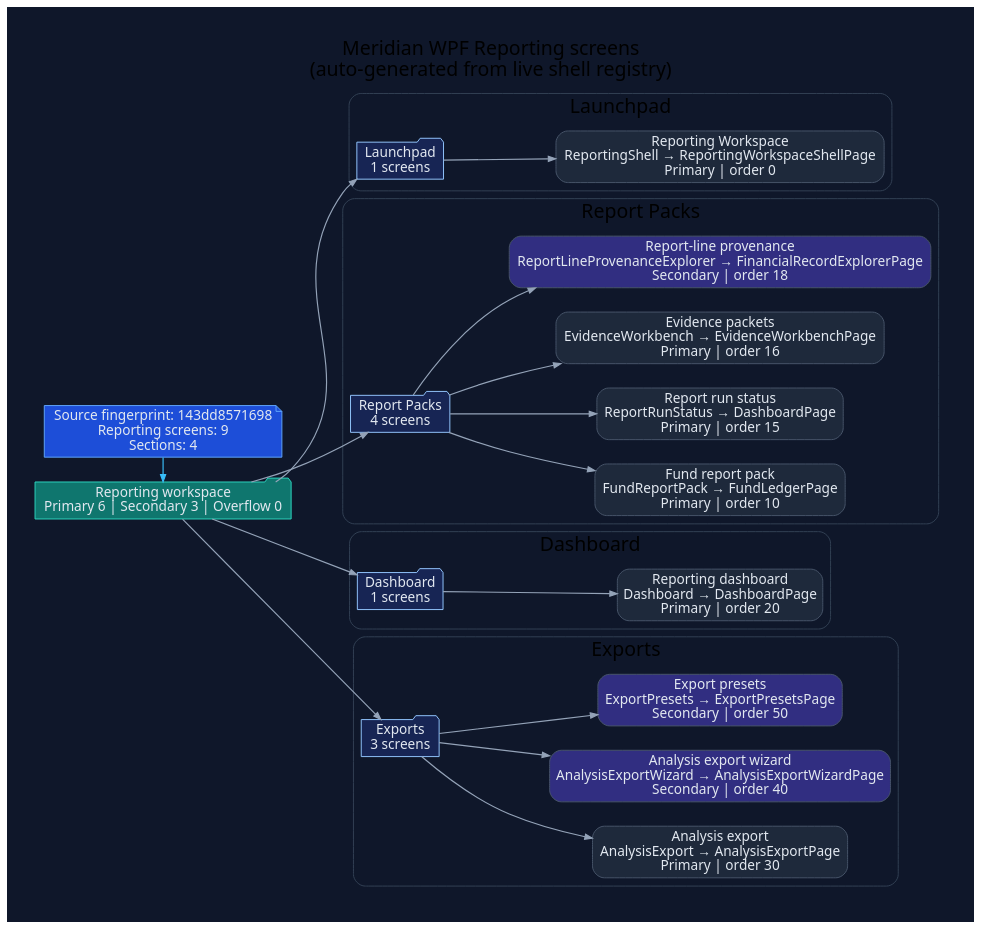
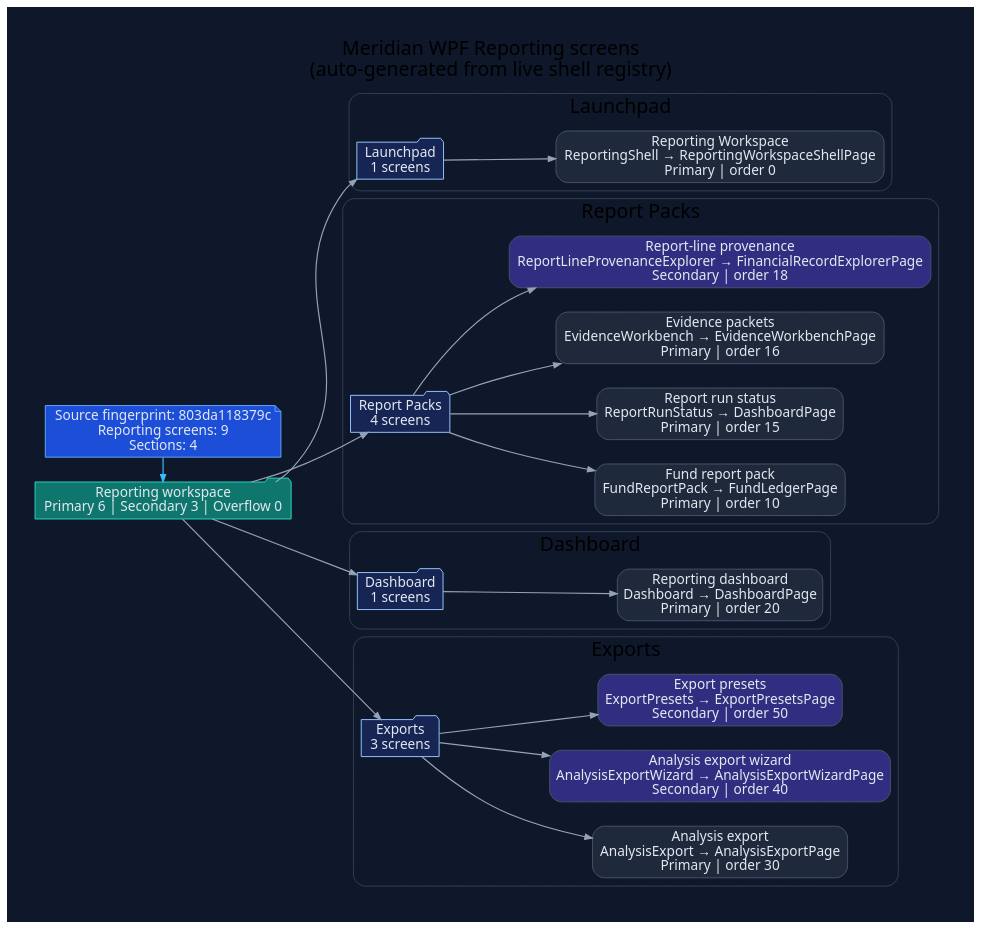
Before and after one commit to rodoHasArrived/Meridian-main: the diagram in docs/diagrams/ui/ui-wpf-screens-reporting.dot, drawn with Graphviz. The commit also changed 59 other files, not shown here.

```diff
--- a/docs/diagrams/ui/ui-wpf-screens-reporting.dot
+++ b/docs/diagrams/ui/ui-wpf-screens-reporting.dot
@@ -1,76 +1,76 @@
 // -----------------------------------------------------------------------------
 // <auto-generated>
 // Generated by scripts/generate-diagrams.mjs.
 // Do not edit this file directly; update the WPF source files instead.
 // -----------------------------------------------------------------------------
 digraph WpfReportingScreens {
   graph [
     rankdir=LR,
     labelloc=t,
     label="Meridian WPF Reporting screens\n(auto-generated from live shell registry)",
     fontname="Segoe UI",
     fontsize=20,
     pad=0.4,
     nodesep=0.35,
     ranksep=0.85,
     bgcolor="#0f172a"
   ];
   node [fontname="Segoe UI", shape=box, style="rounded,filled", color="#475569", fontcolor="#e2e8f0", fillcolor="#1e293b"];
   edge [fontname="Segoe UI", color="#94a3b8", penwidth=1.2, arrowsize=0.75];
 
-  generated [shape=note, fillcolor="#1d4ed8", color="#60a5fa", label="Source fingerprint: 143dd8571698\nReporting screens: 9\nSections: 4"];
+  generated [shape=note, fillcolor="#1d4ed8", color="#60a5fa", label="Source fingerprint: 803da118379c\nReporting screens: 9\nSections: 4"];
   workspace [shape=folder, fillcolor="#0f766e", color="#2dd4bf", label="Reporting workspace\nPrimary 6 | Secondary 3 | Overflow 0"];
   generated -> workspace [color="#38bdf8"];
 
   subgraph cluster_section_1 {
     label="Launchpad";
     color="#334155";
     style="rounded";
     section_1 [shape=folder, fillcolor="#172554", color="#93c5fd", label="Launchpad\n1 screens"];
     workspace -> section_1;
     screen_ReportingShell [fillcolor="#1e293b", label="Reporting Workspace\nReportingShell → ReportingWorkspaceShellPage\nPrimary | order 0"];
     section_1 -> screen_ReportingShell;
   }
 
   subgraph cluster_section_2 {
     label="Report Packs";
     color="#334155";
     style="rounded";
     section_2 [shape=folder, fillcolor="#172554", color="#93c5fd", label="Report Packs\n4 screens"];
     workspace -> section_2;
     screen_FundReportPack [fillcolor="#1e293b", label="Fund report pack\nFundReportPack → FundLedgerPage\nPrimary | order 10"];
     section_2 -> screen_FundReportPack;
     screen_ReportRunStatus [fillcolor="#1e293b", label="Report run status\nReportRunStatus → DashboardPage\nPrimary | order 15"];
     section_2 -> screen_ReportRunStatus;
     screen_EvidenceWorkbench [fillcolor="#1e293b", label="Evidence packets\nEvidenceWorkbench → EvidenceWorkbenchPage\nPrimary | order 16"];
     section_2 -> screen_EvidenceWorkbench;
     screen_ReportLineProvenanceExplorer [fillcolor="#312e81", label="Report-line provenance\nReportLineProvenanceExplorer → FinancialRecordExplorerPage\nSecondary | order 18"];
     section_2 -> screen_ReportLineProvenanceExplorer;
   }
 
   subgraph cluster_section_3 {
     label="Dashboard";
     color="#334155";
     style="rounded";
     section_3 [shape=folder, fillcolor="#172554", color="#93c5fd", label="Dashboard\n1 screens"];
     workspace -> section_3;
     screen_Dashboard [fillcolor="#1e293b", label="Reporting dashboard\nDashboard → DashboardPage\nPrimary | order 20"];
     section_3 -> screen_Dashboard;
   }
 
   subgraph cluster_section_4 {
     label="Exports";
     color="#334155";
     style="rounded";
     section_4 [shape=folder, fillcolor="#172554", color="#93c5fd", label="Exports\n3 screens"];
     workspace -> section_4;
     screen_AnalysisExport [fillcolor="#1e293b", label="Analysis export\nAnalysisExport → AnalysisExportPage\nPrimary | order 30"];
     section_4 -> screen_AnalysisExport;
     screen_AnalysisExportWizard [fillcolor="#312e81", label="Analysis export wizard\nAnalysisExportWizard → AnalysisExportWizardPage\nSecondary | order 40"];
     section_4 -> screen_AnalysisExportWizard;
     screen_ExportPresets [fillcolor="#312e81", label="Export presets\nExportPresets → ExportPresetsPage\nSecondary | order 50"];
     section_4 -> screen_ExportPresets;
   }
 
   { rank=min; generated; workspace; }
 }
```
